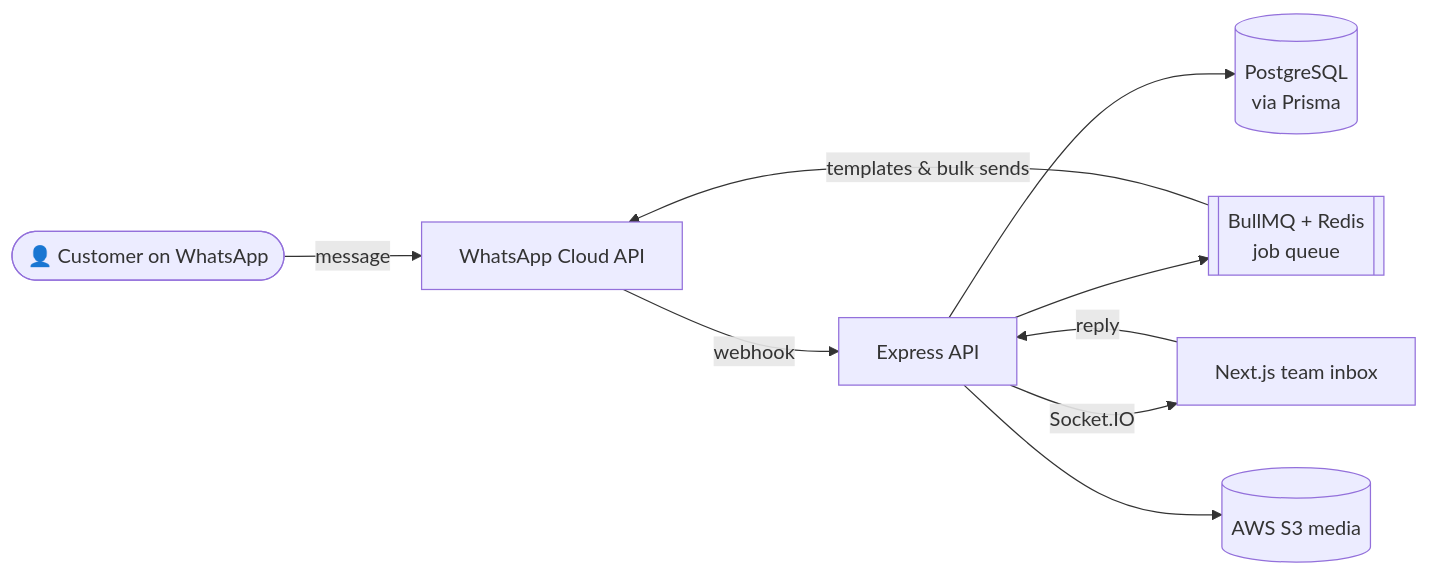
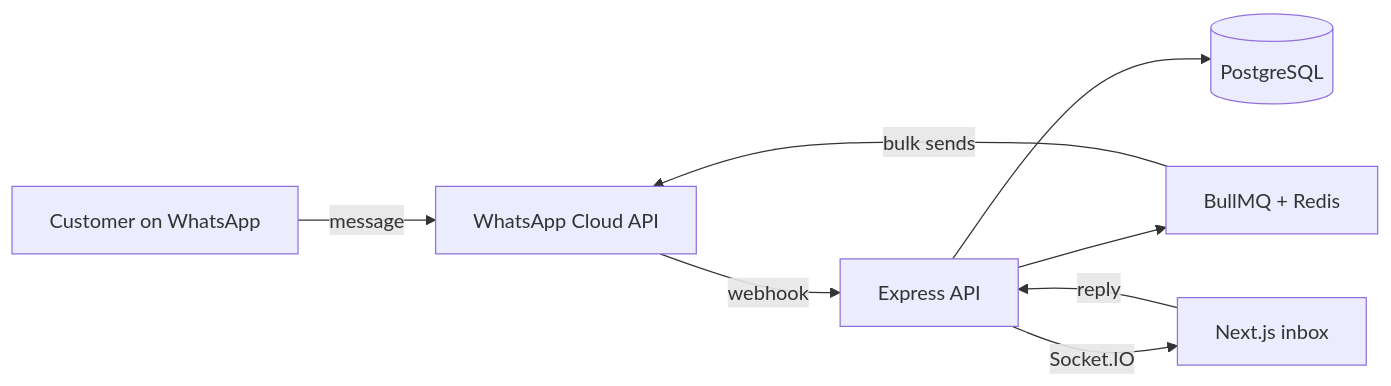
Before and after one commit to gauravera/gauravera: the diagram in README.md, drawn with Mermaid. The commit also changed other lines of this file, not shown here.

````diff
--- a/README.md
+++ b/README.md
@@ -251,11 +64,10 @@
 ```mermaid
 flowchart LR
-    C([👤 Customer on WhatsApp]) -->|message| WA[WhatsApp Cloud API]
+    C[Customer on WhatsApp] -->|message| WA[WhatsApp Cloud API]
     WA -->|webhook| API[Express API]
-    API --> DB[(PostgreSQL<br/>via Prisma)]
-    API --> Q[[BullMQ + Redis<br/>job queue]]
-    Q -->|templates & bulk sends| WA
-    API -->|Socket.IO| UI[Next.js team inbox]
+    API --> DB[(PostgreSQL)]
+    API --> Q[BullMQ + Redis]
+    Q -->|bulk sends| WA
+    API -->|Socket.IO| UI[Next.js inbox]
     UI -->|reply| API
-    API --> S3[(AWS S3 media)]
 ```
````
